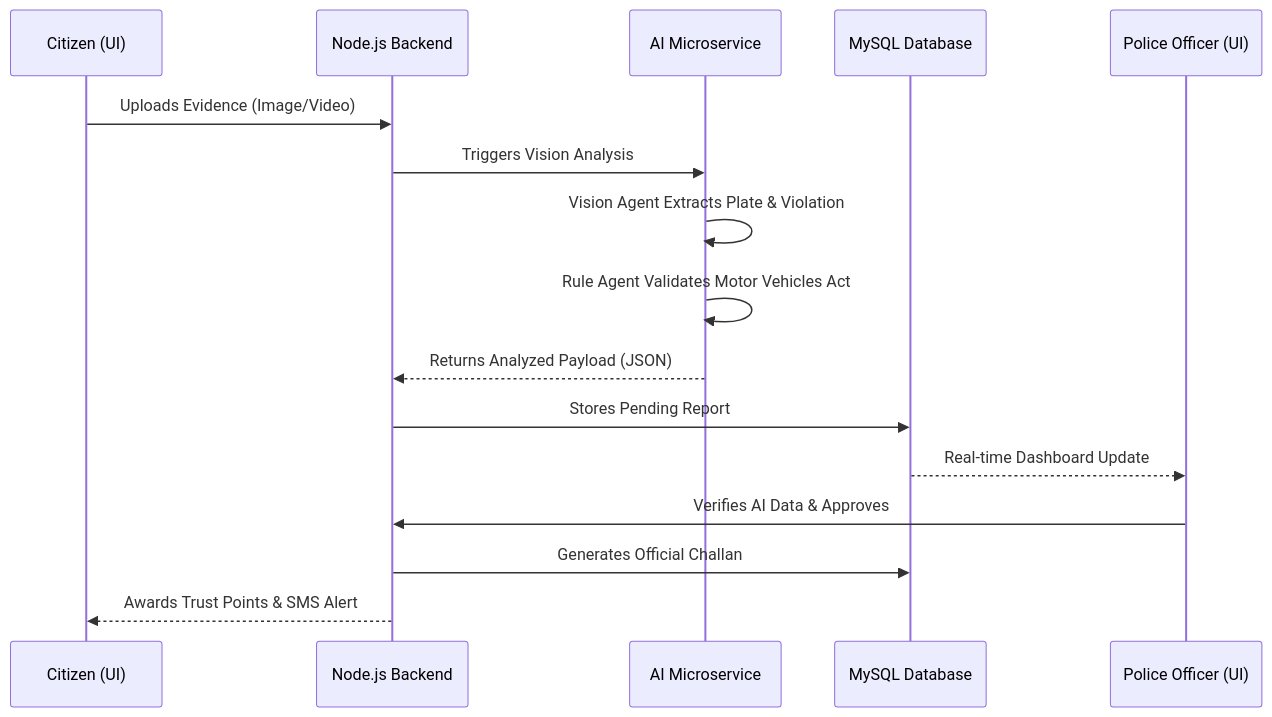
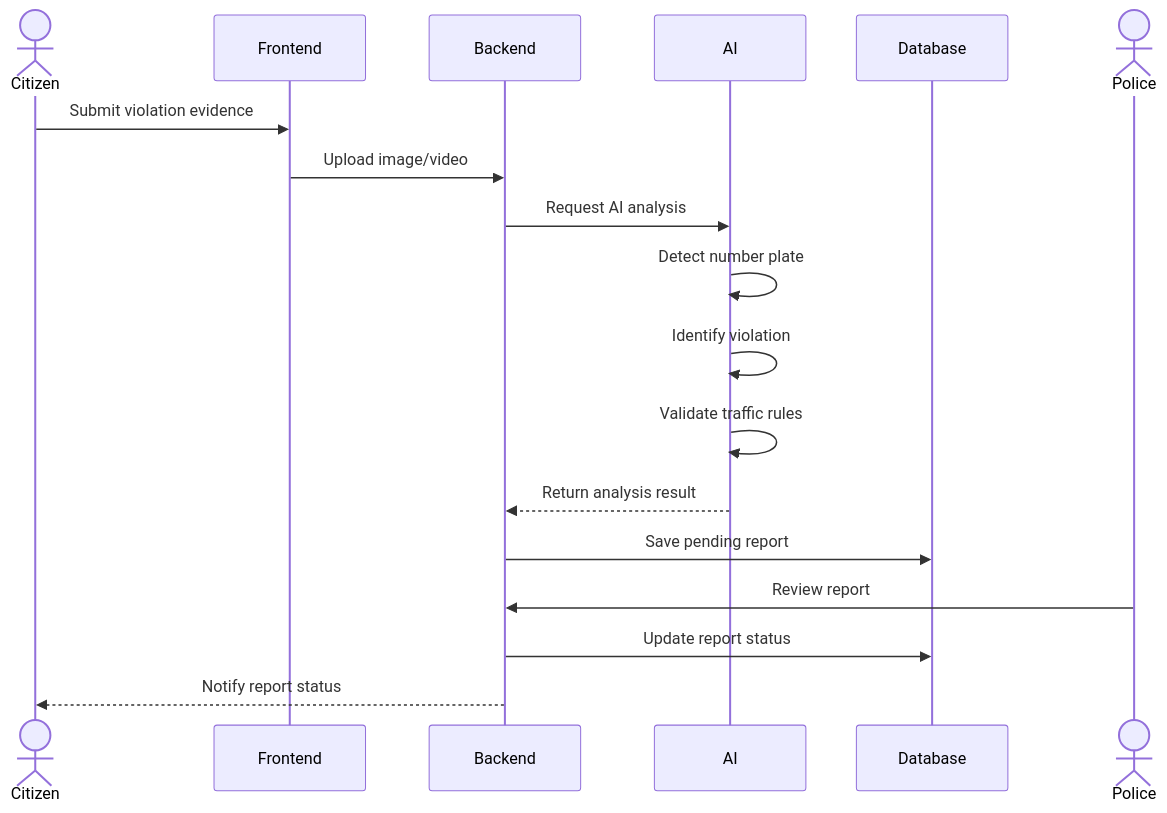
Before and after one commit to yuvanvishnupandi/margarakshak: the second of 3 diagrams in README.md, drawn with Mermaid. The commit also changed other lines of this file, not shown here.

````diff
--- a/README.md
+++ b/README.md
@@ -70,19 +77,22 @@
 ```mermaid
 sequenceDiagram
-    participant Citizen as Citizen (UI)
-    participant BE as Node.js Backend
-    participant AI as AI Microservice
-    participant DB as MySQL Database
-    participant Police as Police Officer (UI)
 
-    Citizen->>BE: Uploads Evidence (Image/Video)
-    BE->>AI: Triggers Vision Analysis
-    AI->>AI: Vision Agent Extracts Plate & Violation
-    AI->>AI: Rule Agent Validates Motor Vehicles Act
-    AI-->>BE: Returns Analyzed Payload (JSON)
-    BE->>DB: Stores Pending Report
-    DB-->>Police: Real-time Dashboard Update
-    Police->>BE: Verifies AI Data & Approves
-    BE->>DB: Generates Official Challan
-    BE-->>Citizen: Awards Trust Points & SMS Alert
+actor Citizen
+participant Frontend
+participant Backend
+participant AI
+participant Database
+actor Police
+
+Citizen->>Frontend: Submit violation evidence
+Frontend->>Backend: Upload image/video
+Backend->>AI: Request AI analysis
+AI->>AI: Detect number plate
+AI->>AI: Identify violation
+AI->>AI: Validate traffic rules
+AI-->>Backend: Return analysis result
+Backend->>Database: Save pending report
+Police->>Backend: Review report
+Backend->>Database: Update report status
+Backend-->>Citizen: Notify report status
 ```
````
